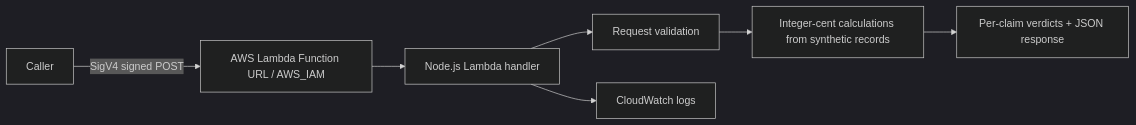
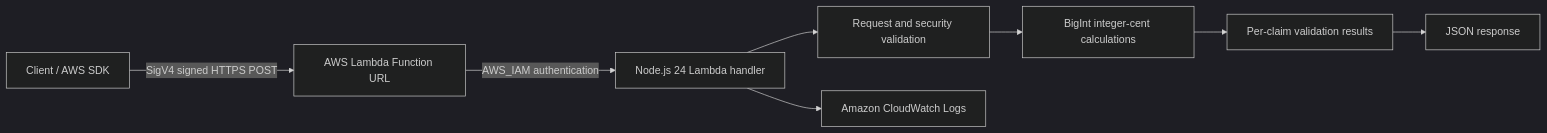
Before and after one commit to yusufthecoder474/RevenueGuard-AWS: the diagram in README.md, drawn with Mermaid (dark theme). The commit also changed other lines of this file, not shown here.

Commit message:
docs: finalize RevenueGuard AWS documentation

````diff
--- a/README.md
+++ b/README.md
@@ -7,9 +13,10 @@
 ```mermaid
 flowchart LR
-  A[Caller] -->|SigV4 signed POST| B[AWS Lambda Function URL / AWS_IAM]
-  B --> C[Node.js Lambda handler]
-  C --> D[Request validation]
-  D --> E[Integer-cent calculations from synthetic records]
-  E --> F[Per-claim verdicts + JSON response]
-  C --> G[CloudWatch logs]
+    A[Client / AWS SDK] -->|SigV4 signed HTTPS POST| B[AWS Lambda Function URL]
+    B -->|AWS_IAM authentication| C[Node.js 24 Lambda handler]
+    C --> D[Request and security validation]
+    D --> E[BigInt integer-cent calculations]
+    E --> F[Per-claim validation results]
+    F --> G[JSON response]
+    C --> H[Amazon CloudWatch Logs]
 ```
````
